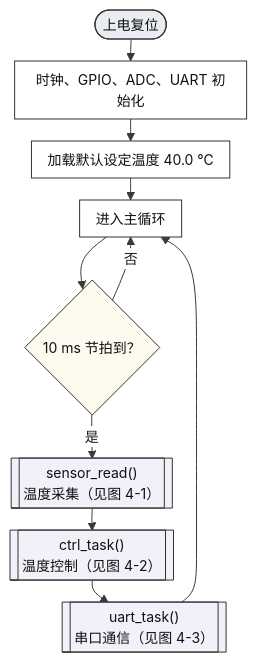
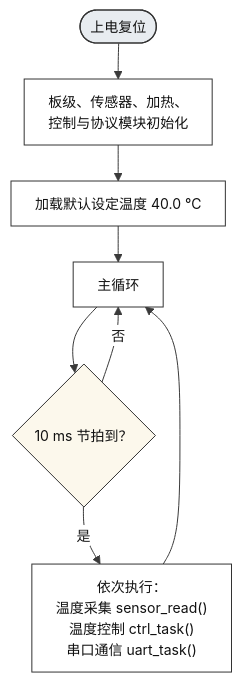
The diagram in skills/ruanzhu-docs/assets/example/flowcharts/01_软件运行流程.mmd (7toCR/code2ruanzhu), drawn with Mermaid before and after one commit. The commit also changed 50 other files, not shown here.

```diff
--- a/skills/ruanzhu-docs/assets/example/flowcharts/01_软件运行流程.mmd
+++ b/skills/ruanzhu-docs/assets/example/flowcharts/01_软件运行流程.mmd
@@ -1,41 +1,35 @@
 ---
 config:
   theme: base
-  fontFamily: "Microsoft YaHei, PingFang SC, Noto Sans CJK SC, sans-serif"
+  fontFamily: "Noto Sans CJK SC, Microsoft YaHei, PingFang SC, sans-serif"
   themeVariables:
     fontSize: 14px
     primaryColor: "#ffffff"
     primaryTextColor: "#1a1a1a"
     primaryBorderColor: "#333333"
     lineColor: "#3a3a3a"
-    clusterBorder: "#9aa3ad"
     edgeLabelBackground: "#ffffff"
   flowchart:
     useMaxWidth: false
     curve: basis
-    nodeSpacing: 26
-    rankSpacing: 22
-    padding: 8
+    nodeSpacing: 30
+    rankSpacing: 36
+    padding: 12
 ---
 %% 图 01 软件运行流程（主要代码依据：main.c 的 main()）
 flowchart TB
-  A(["上电复位"]) --> B["时钟、GPIO、ADC、UART 初始化"]
-  B --> C["加载默认设定温度 40.0 ℃"]
-  C --> D["进入主循环"]
-  D --> E{"10 ms 节拍到？"}
-  E -->|"否"| D
-  E -->|"是"| F[["sensor_read()<br/>温度采集（见图 4-1）"]]
-  F --> G[["ctrl_task()<br/>温度控制（见图 4-2）"]]
-  G --> H[["uart_task()<br/>串口通信（见图 4-3）"]]
-  H --> D
-  classDef term fill:#e9edf2,stroke:#333,stroke-width:1.2px,color:#111
+  A(["上电复位"])
+  B["板级、传感器、加热、<br/>控制与协议模块初始化"]
+  C["加载默认设定温度 40.0 ℃"]
+  M["主循环"]
+  D{"10 ms 节拍到？"}
+  E["依次执行：<br/>温度采集 sensor_read()<br/>温度控制 ctrl_task()<br/>串口通信 uart_task()"]
+  A --> B --> C --> M --> D
+  D -->|否| M
+  D -->|是| E --> M
+  class A term
+  class B,C,M,E proc
+  class D dec
+  classDef term fill:#e8ecf0,stroke:#333,stroke-width:1.2px,color:#111
   classDef proc fill:#ffffff,stroke:#333,stroke-width:1px,color:#111
-  classDef dec fill:#fffaf0,stroke:#333,stroke-width:1px,color:#111
-  classDef io fill:#eef4fb,stroke:#333,stroke-width:1px,color:#111
-  classDef sub fill:#f4f0fa,stroke:#333,stroke-width:1px,color:#111
-  classDef isr fill:#f4f0fa,stroke:#333,stroke-width:1.2px,color:#111
-  classDef join fill:#ffffff,stroke:#333,stroke-width:1px,color:#111,font-size:12px
-  class A term
-  class B,C,D proc
-  class E dec
-  class F,G,H sub
+  classDef dec fill:#fcf8ec,stroke:#333,stroke-width:1px,color:#111
```
